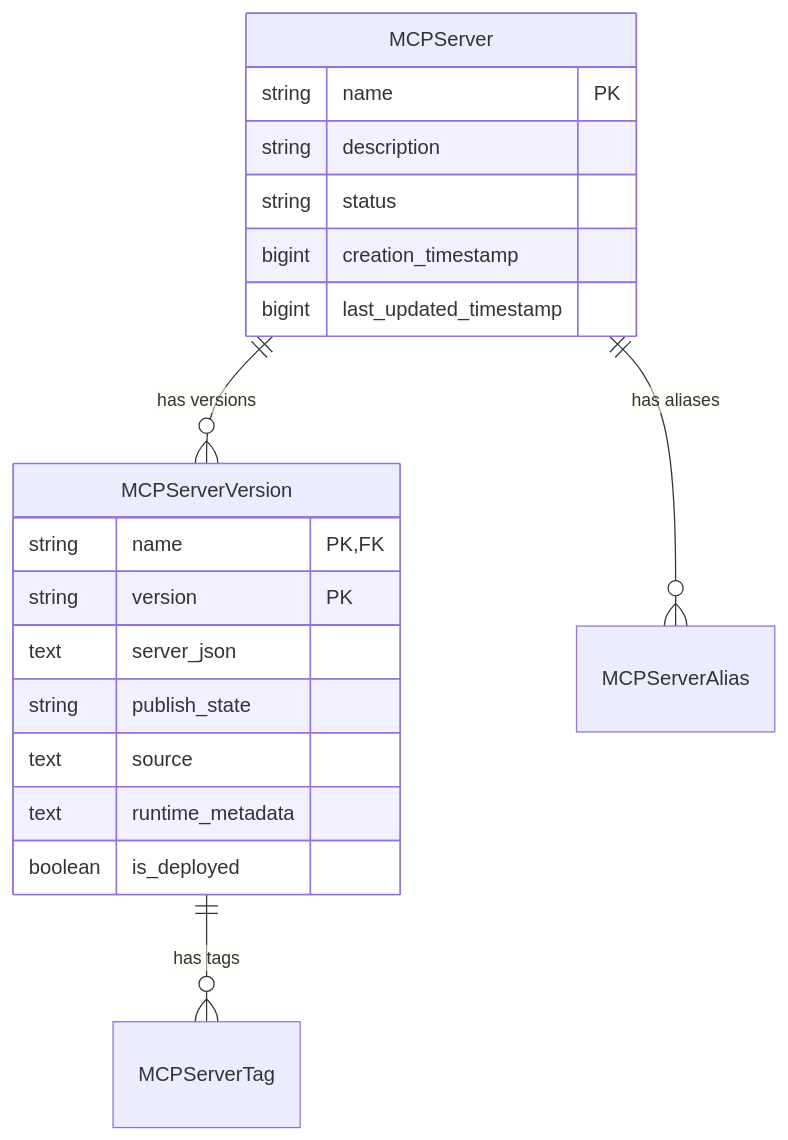
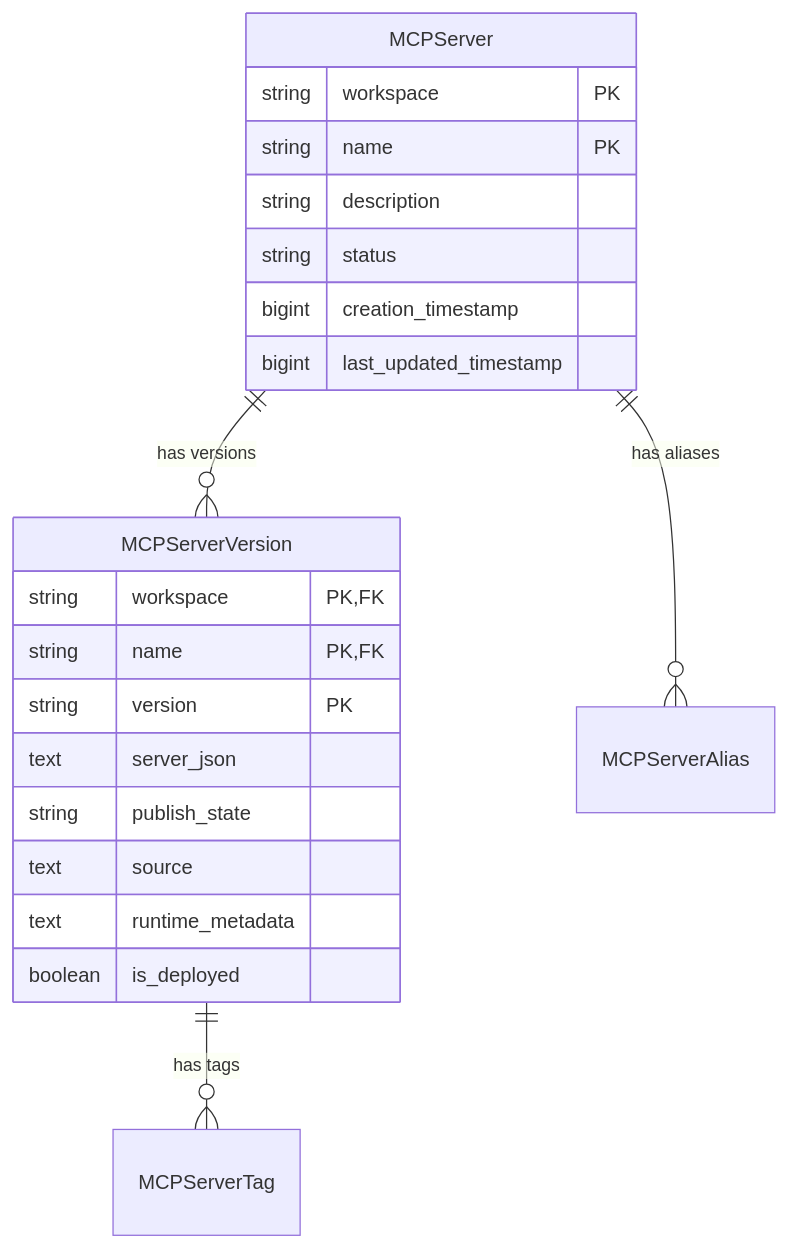
Before and after one commit to dkuc/rfcs: the first of 2 diagrams in rfcs/0004-mcp-registry/0004-mcp-registry.md, drawn with Mermaid. The commit also changed other lines of this file, not shown here.

Commit message:
Add workspace scoping

````diff
--- a/rfcs/0004-mcp-registry/0004-mcp-registry.md
+++ b/rfcs/0004-mcp-registry/0004-mcp-registry.md
@@ -107,24 +109,26 @@
 ```mermaid
 erDiagram
     MCPServer ||--o{ MCPServerVersion : "has versions"
     MCPServer ||--o{ MCPServerAlias : "has aliases"
     MCPServerVersion ||--o{ MCPServerTag : "has tags"
 
     MCPServer {
+        string workspace PK
         string name PK
         string description
         string status
         bigint creation_timestamp
         bigint last_updated_timestamp
     }
 
     MCPServerVersion {
+        string workspace PK,FK
         string name PK,FK
         string version PK
         text server_json
         string publish_state
         text source
         text runtime_metadata
         boolean is_deployed
     }
 ```
````
